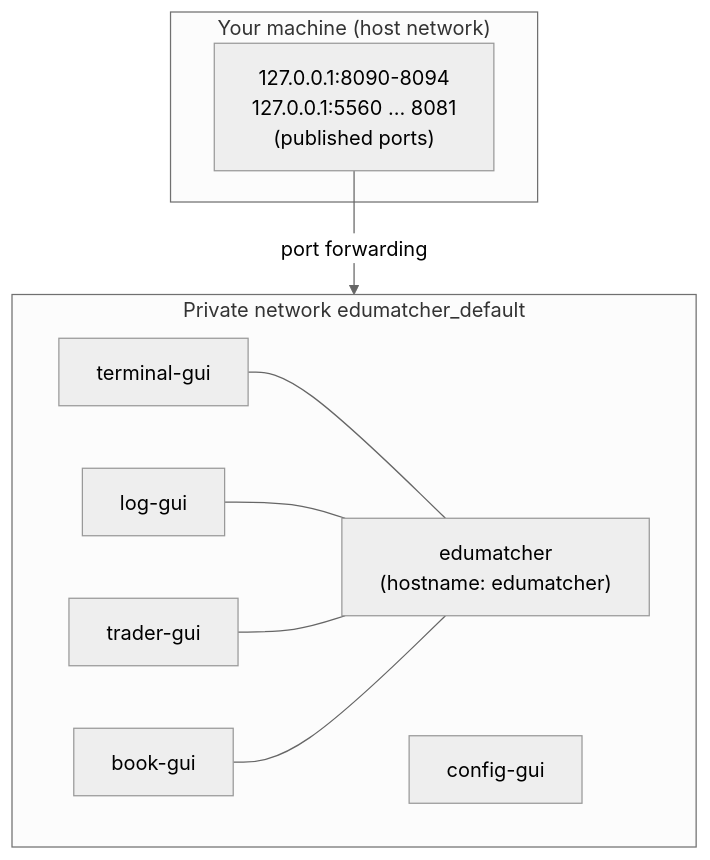
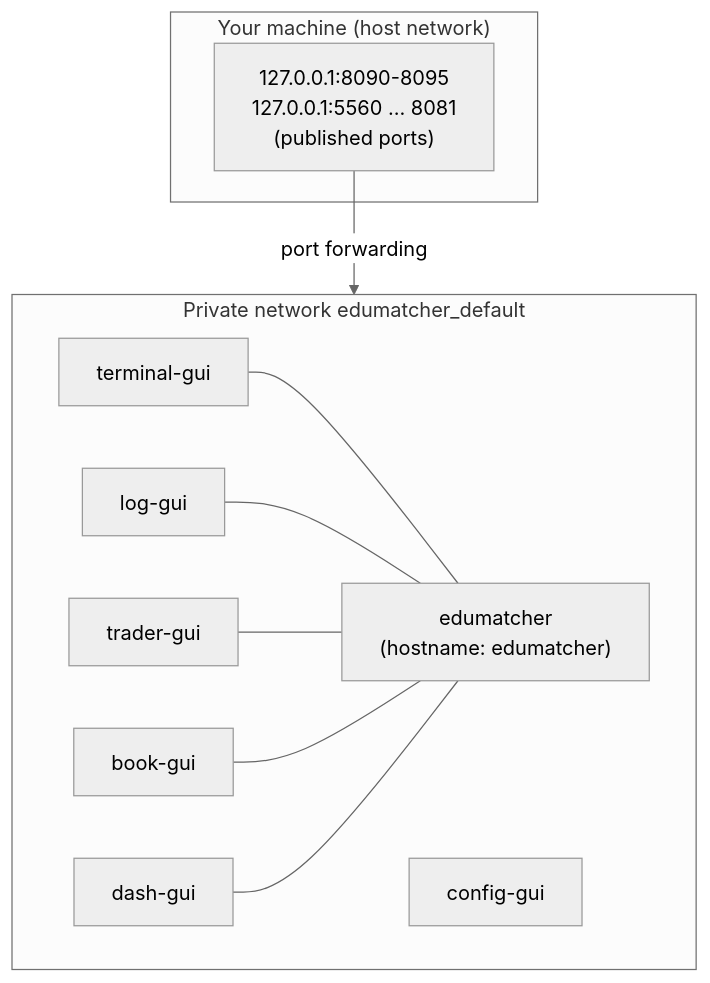
Diagram 12 of 16 in docs/books/operator-guide/part-1-install-and-deploy/030-container-deployment-walkthrough.md (johan162/EduMatcher), drawn with Mermaid (neutral theme) before and after one commit. The commit also changed other lines of this file and 428 other files, not shown here.

Commit message:
Added exchange health monitor pm-monitor. New operator exchange status GUI Dashboard pm-dash. Also improved all Web-application documentations with screenshots.

````diff
--- a/docs/books/operator-guide/part-1-install-and-deploy/030-container-deployment-walkthrough.md
+++ b/docs/books/operator-guide/part-1-install-and-deploy/030-container-deployment-walkthrough.md
@@ -684,20 +695,22 @@
 ```mermaid
 flowchart TB
     subgraph host["Your machine (host network)"]
-        LO["127.0.0.1:8090-8094\n127.0.0.1:5560 … 8081\n(published ports)"]
+        LO["127.0.0.1:8090-8095\n127.0.0.1:5560 … 8081\n(published ports)"]
     end
     subgraph net["Private network edumatcher_default"]
         direction LR
         E["edumatcher\n(hostname: edumatcher)"]
         T["terminal-gui"]
         L["log-gui"]
         TR["trader-gui"]
         B["book-gui"]
+        DG["dash-gui"]
         C["config-gui"]
     end
     LO -->|"port forwarding"| net
     T --- E
     L --- E
     TR --- E
     B --- E
+    DG --- E
 ```
````
